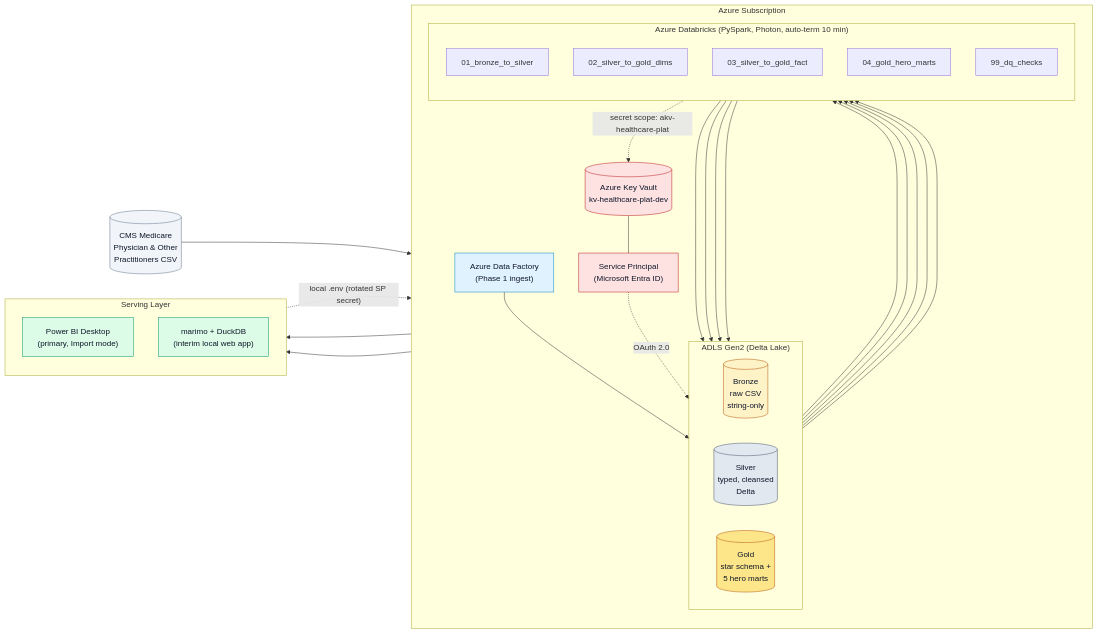
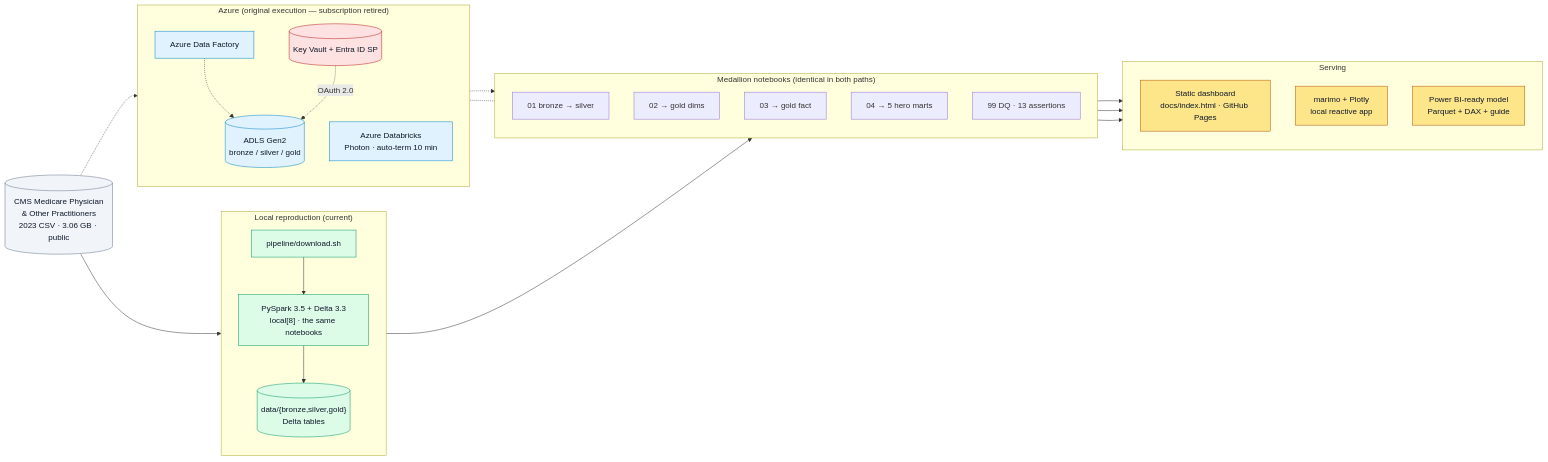
Before and after one commit to DiazSk/healthcare-lakehouse-azure: the diagram in README.md, drawn with Mermaid. The commit also changed other lines of this file and 24 other files, not shown here.

````diff
--- a/README.md
+++ b/README.md
@@ -11,63 +38,51 @@
 ```mermaid
 flowchart LR
-    %% ---- Source ----
-    CMS[("CMS Medicare<br/>Physician & Other<br/>Practitioners CSV")]:::source
+    CMS[("CMS Medicare Physician<br/>& Other Practitioners<br/>2023 CSV · 3.06 GB · public")]:::source
 
-    %% ---- Azure ----
-    subgraph AZ["Azure Subscription"]
+    subgraph LOCAL["Local reproduction (current)"]
         direction TB
-
-        ADF["Azure Data Factory<br/>(Phase 1 ingest)"]:::azure
-
-        subgraph LAKE["ADLS Gen2 (Delta Lake)"]
-            direction LR
-            BRONZE[("Bronze<br/>raw CSV<br/>string-only")]:::bronze
-            SILVER[("Silver<br/>typed, cleansed<br/>Delta")]:::silver
-            GOLD[("Gold<br/>star schema +<br/>5 hero marts")]:::gold
-        end
-
-        subgraph DBX["Azure Databricks (PySpark, Photon, auto-term 10 min)"]
-            direction TB
-            NB1["01_bronze_to_silver"]
-            NB2["02_silver_to_gold_dims"]
-            NB3["03_silver_to_gold_fact"]
-            NB4["04_gold_hero_marts"]
-            NB5["99_dq_checks"]
-        end
-
-        KV[("Azure Key Vault<br/>kv-healthcare-plat-dev")]:::secret
-        SP["Service Principal<br/>(Microsoft Entra ID)"]:::secret
+        DL["pipeline/download.sh"]:::local
+        LSPARK["PySpark 3.5 + Delta 3.3<br/>local[8] · the same notebooks"]:::local
+        LDATA[("data/{bronze,silver,gold}<br/>Delta tables")]:::local
     end
 
-    %% ---- Serving ----
-    subgraph VIZ["Serving Layer"]
+    subgraph AZ["Azure (original execution — subscription retired)"]
         direction TB
-        PBI["Power BI Desktop<br/>(primary, Import mode)"]:::viz
-        MAR["marimo + DuckDB<br/>(interim local web app)"]:::viz
+        ADF["Azure Data Factory"]:::azure
+        DBX["Azure Databricks<br/>Photon · auto-term 10 min"]:::azure
+        LAKE[("ADLS Gen2<br/>bronze / silver / gold")]:::azure
+        KV[("Key Vault + Entra ID SP")]:::secret
     end
 
-    %% ---- Flow ----
-    CMS --> ADF --> BRONZE
-    BRONZE --> NB1 --> SILVER
-    SILVER --> NB2 --> GOLD
-    SILVER --> NB3 --> GOLD
-    GOLD --> NB4 --> GOLD
-    GOLD --> NB5
-    GOLD --> PBI
-    GOLD --> MAR
+    subgraph NB["Medallion notebooks (identical in both paths)"]
+        direction TB
+        N1["01 bronze → silver"]
+        N2["02 → gold dims"]
+        N3["03 → gold fact"]
+        N4["04 → 5 hero marts"]
+        N5["99 DQ · 13 assertions"]
+    end
 
-    %% ---- Auth ----
-    SP -.->|"OAuth 2.0"| LAKE
-    KV --- SP
-    DBX -.->|"secret scope: akv-healthcare-plat"| KV
-    MAR -.->|"local .env (rotated SP secret)"| SP
+    subgraph VIZ["Serving"]
+        direction TB
+        WEB["Static dashboard<br/>docs/index.html · GitHub Pages"]:::viz
+        MAR["marimo + Plotly<br/>local reactive app"]:::viz
+        PBI["Power BI-ready model<br/>Parquet + DAX + guide"]:::viz
+    end
 
-    %% ---- Styles ----
+    CMS --> DL --> LSPARK --> LDATA
+    CMS -.-> ADF -.-> LAKE
+    LDATA --> NB
+    LAKE -.-> NB
+    DBX -.- NB
+    KV -.->|"OAuth 2.0"| LAKE
+    NB --> WEB
+    NB --> MAR
+    NB --> PBI
+
     classDef source  fill:#F1F5F9,stroke:#64748B,color:#0F172A
     classDef azure   fill:#E0F2FE,stroke:#0284C7,color:#0F172A
-    classDef bronze  fill:#FEF3C7,stroke:#B45309,color:#0F172A
-    classDef silver  fill:#E2E8F0,stroke:#475569,color:#0F172A
-    classDef gold    fill:#FDE68A,stroke:#B45309,color:#0F172A
+    classDef local   fill:#DCFCE7,stroke:#059669,color:#0F172A
     classDef secret  fill:#FEE2E2,stroke:#B91C1C,color:#0F172A
-    classDef viz     fill:#DCFCE7,stroke:#059669,color:#0F172A
+    classDef viz     fill:#FDE68A,stroke:#B45309,color:#0F172A
 ```
````
